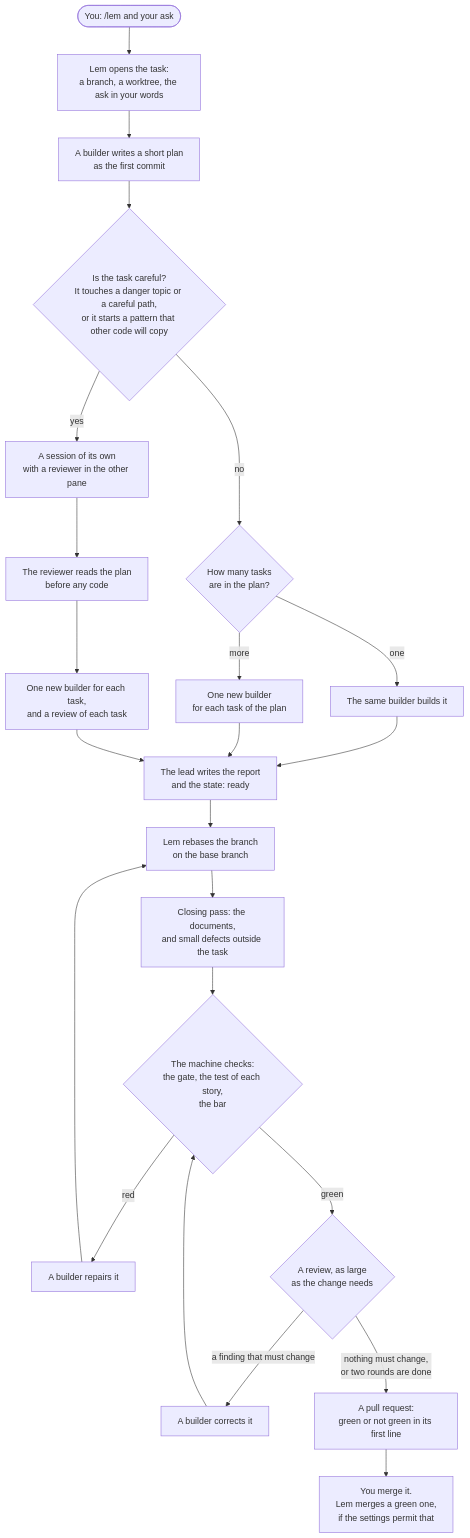
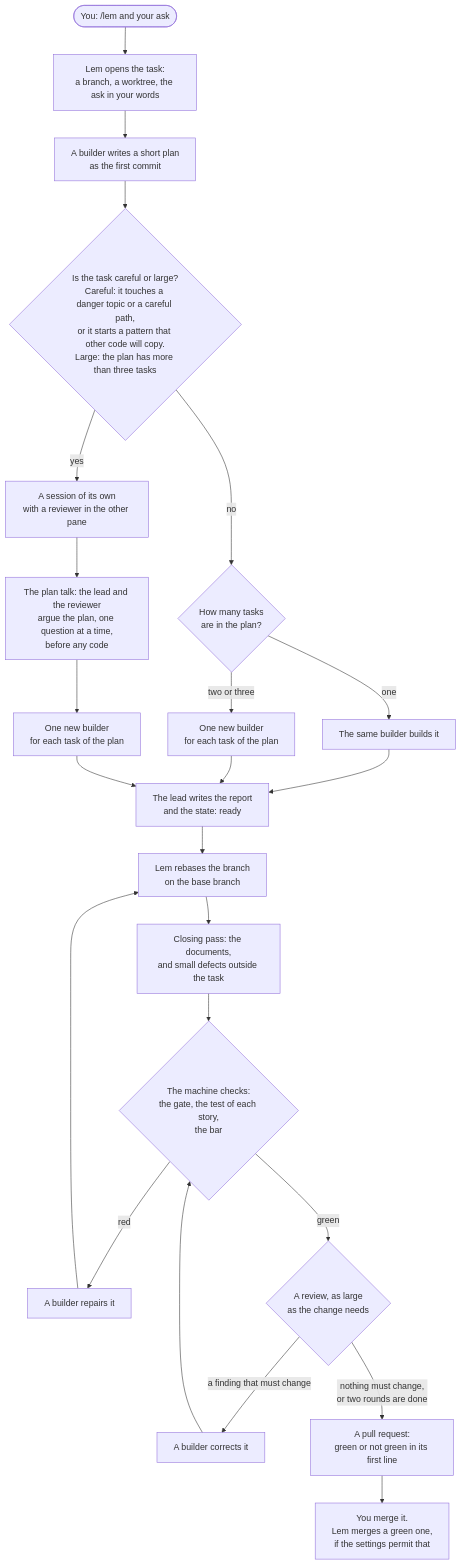
Before and after one commit to pySilver/lem: the first of 3 diagrams in README.md, drawn with Mermaid. The commit also changed other lines of this file and 15 other files, not shown here.

````diff
--- a/README.md
+++ b/README.md
@@ -115,23 +119,23 @@
 ```mermaid
 flowchart TD
     ask([You: /lem and your ask]) --> open[Lem opens the task:<br/>a branch, a worktree, the ask in your words]
     open --> plan[A builder writes a short plan<br/>as the first commit]
-    plan --> careful{Is the task careful?<br/>It touches a danger topic or a careful path,<br/>or it starts a pattern that other code will copy}
+    plan --> careful{Is the task careful or large?<br/>Careful: it touches a danger topic or a careful path,<br/>or it starts a pattern that other code will copy.<br/>Large: the plan has more than three tasks}
     careful -- no --> count{How many tasks<br/>are in the plan?}
     count -- one --> same[The same builder builds it]
-    count -- more --> build[One new builder<br/>for each task of the plan]
+    count -- two or three --> build[One new builder<br/>for each task of the plan]
     careful -- yes --> session[A session of its own<br/>with a reviewer in the other pane]
-    session --> opinion[The reviewer reads the plan<br/>before any code]
-    opinion --> buildc[One new builder for each task,<br/>and a review of each task]
+    session --> talk[The plan talk: the lead and the reviewer<br/>argue the plan, one question at a time,<br/>before any code]
+    talk --> buildc[One new builder<br/>for each task of the plan]
     same --> report[The lead writes the report<br/>and the state: ready]
     build --> report
     buildc --> report
     report --> base[Lem rebases the branch<br/>on the base branch]
     base --> closing[Closing pass: the documents,<br/>and small defects outside the task]
     closing --> gate{The machine checks:<br/>the gate, the test of each story,<br/>the bar}
     gate -- red --> repair[A builder repairs it] --> base
     gate -- green --> review{A review, as large<br/>as the change needs}
     review -- a finding that must change --> fix[A builder corrects it] --> gate
     review -- nothing must change,<br/>or two rounds are done --> pr[A pull request:<br/>green or not green in its first line]
     pr --> merge[You merge it.<br/>Lem merges a green one,<br/>if the settings permit that]
 ```
````
